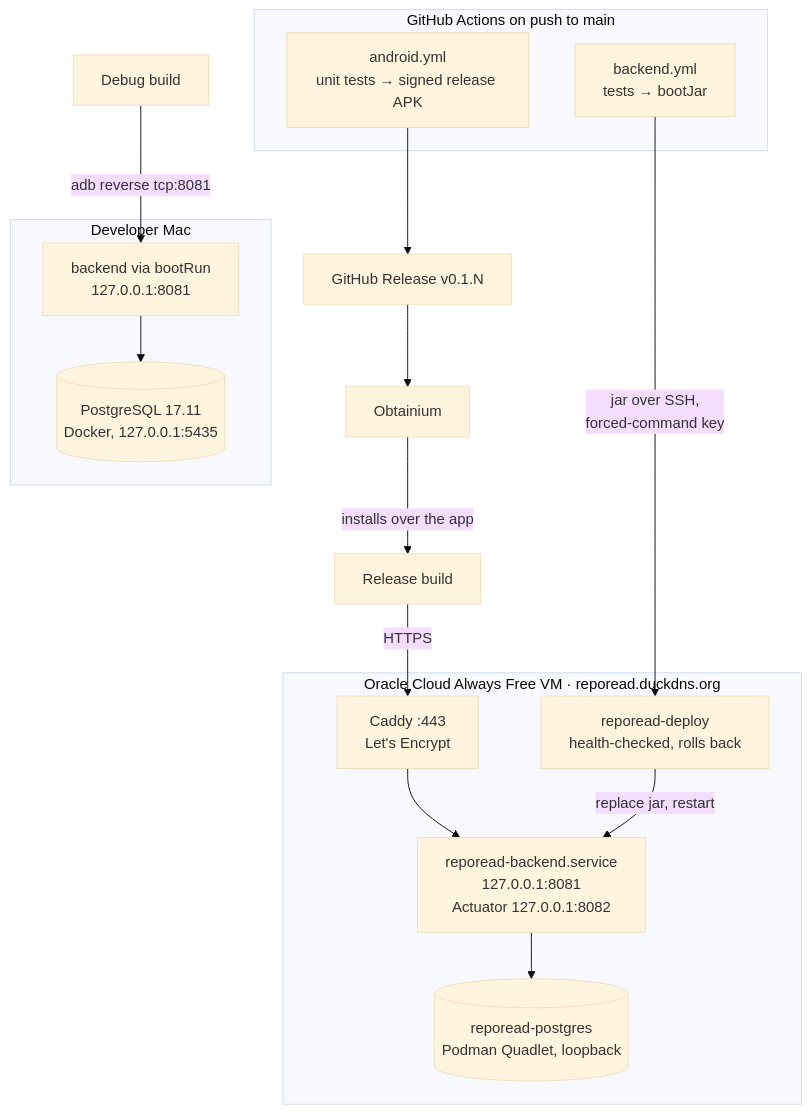
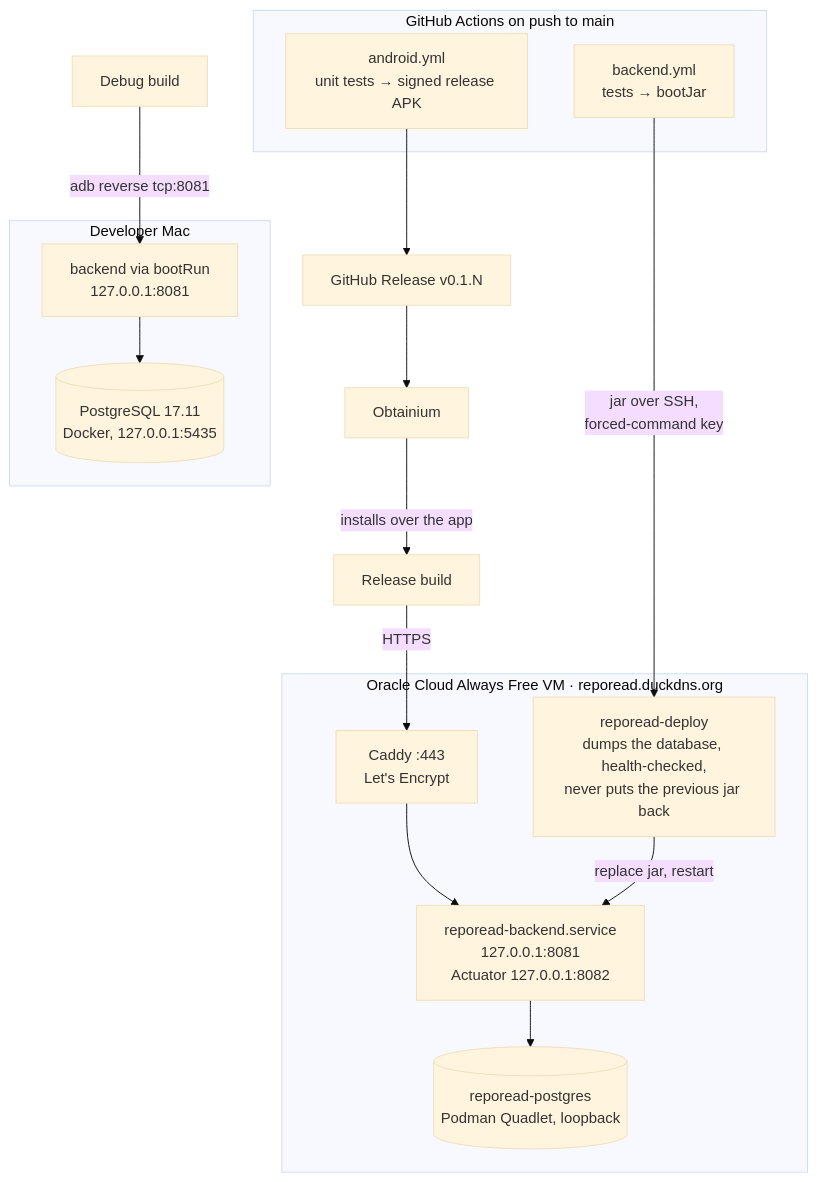
Before and after one commit to jaxwong/reporead: the second of 12 diagrams in docs/architecture.md, drawn with Mermaid (base theme). The commit also changed other lines of this file and 4 other files, not shown here.

````diff
--- a/docs/architecture.md
+++ b/docs/architecture.md
@@ -50,32 +50,32 @@
 ```mermaid
 flowchart TB
     subgraph Dev["Developer Mac"]
         DevAPI["backend via bootRun<br/>127.0.0.1:8081"]
         DevPG[("PostgreSQL 17.11<br/>Docker, 127.0.0.1:5435")]
         DevAPI --> DevPG
     end
 
     subgraph VM["Oracle Cloud Always Free VM · reporead.duckdns.org"]
         Caddy["Caddy :443<br/>Let's Encrypt"]
         Svc["reporead-backend.service<br/>127.0.0.1:8081<br/>Actuator 127.0.0.1:8082"]
         VMPG[("reporead-postgres<br/>Podman Quadlet, loopback")]
-        Deploy["reporead-deploy<br/>health-checked, rolls back"]
+        Deploy["reporead-deploy<br/>dumps the database, health-checked,<br/>never puts the previous jar back"]
         Caddy --> Svc --> VMPG
         Deploy -- "replace jar, restart" --> Svc
     end
 
     subgraph GHA["GitHub Actions on push to main"]
         BW["backend.yml<br/>tests → bootJar"]
         AW["android.yml<br/>unit tests → signed release APK"]
     end
 
     Rel["GitHub Release v0.1.N"]
     DebugApp["Debug build"]
     ReleaseApp["Release build"]
     Obt["Obtainium"]
 
     DebugApp -- "adb reverse tcp:8081" --> DevAPI
     ReleaseApp -- "HTTPS" --> Caddy
     BW -- "jar over SSH,<br/>forced-command key" --> Deploy
     AW --> Rel --> Obt -- "installs over the app" --> ReleaseApp
 ```
````
